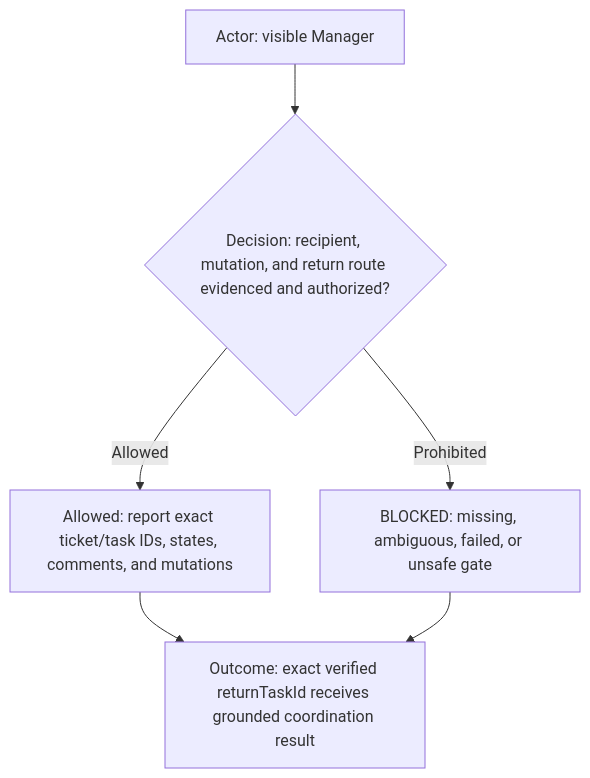
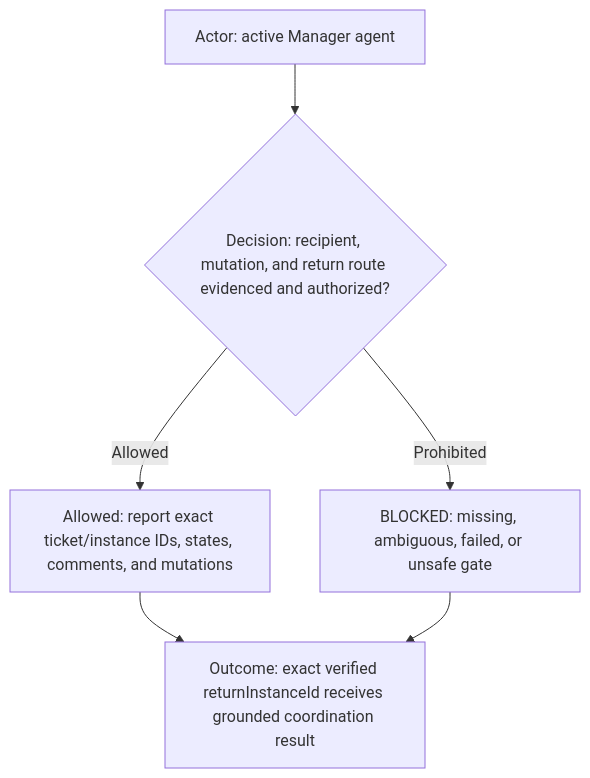
Before and after one commit to starodubtsevconsulting/ai-fleas: diagram 24 of 24 in ai-workflows/_common/roles/manager.md, drawn with Mermaid. The commit also changed other lines of this file and 15 other files, not shown here.

````diff
--- a/ai-workflows/_common/roles/manager.md
+++ b/ai-workflows/_common/roles/manager.md
@@ -722,8 +722,8 @@
 ```mermaid
 flowchart TD
-  Actor["Actor: visible Manager"] --> Decision{"Decision: recipient, mutation, and return route evidenced and authorized?"}
-  Decision -->|Allowed| Route["Allowed: report exact ticket/task IDs, states, comments, and mutations"]
+  Actor["Actor: active Manager agent"] --> Decision{"Decision: recipient, mutation, and return route evidenced and authorized?"}
+  Decision -->|Allowed| Route["Allowed: report exact ticket/instance IDs, states, comments, and mutations"]
   Decision -->|Prohibited| Blocked["BLOCKED: missing, ambiguous, failed, or unsafe gate"]
-  Route --> Outcome["Outcome: exact verified returnTaskId receives grounded coordination result"]
+  Route --> Outcome["Outcome: exact verified returnInstanceId receives grounded coordination result"]
   Blocked --> Outcome
 ```
````
